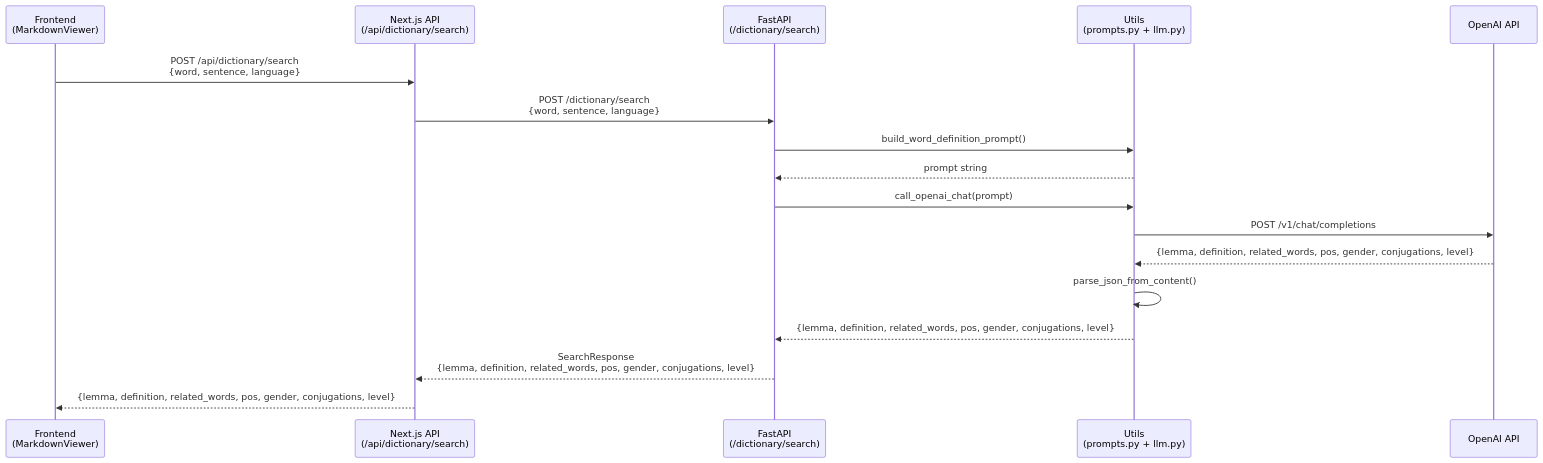
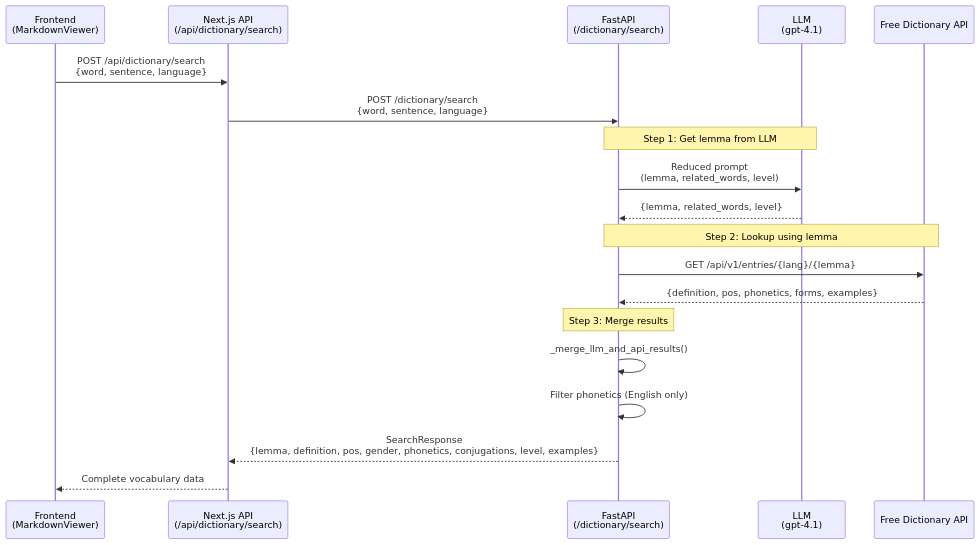
Before and after one commit to seung-gu/opad: the seventh of 7 diagrams in docs/ARCHITECTURE.md, drawn with Mermaid. The commit also changed other lines of this file and 6 other files, not shown here.

Commit message:
feat: Update version to 0.11.0 and enhance documentation with new grammatical metadata fields and hybrid dictionary lookup details

````diff
--- a/docs/ARCHITECTURE.md
+++ b/docs/ARCHITECTURE.md
@@ -1134,23 +1360,26 @@
 ```mermaid
 sequenceDiagram
     participant Frontend as Frontend<br/>(MarkdownViewer)
     participant NextAPI as Next.js API<br/>(/api/dictionary/search)
     participant FastAPI as FastAPI<br/>(/dictionary/search)
-    participant Utils as Utils<br/>(prompts.py + llm.py)
-    participant OpenAI as OpenAI API
+    participant LLM as LLM<br/>(gpt-4.1)
+    participant FreeDict as Free Dictionary API
 
     Frontend->>NextAPI: POST /api/dictionary/search<br/>{word, sentence, language}
     NextAPI->>FastAPI: POST /dictionary/search<br/>{word, sentence, language}
 
-    FastAPI->>Utils: build_word_definition_prompt()
-    Utils-->>FastAPI: prompt string
+    Note over FastAPI,LLM: Step 1: Get lemma from LLM
+    FastAPI->>LLM: Reduced prompt<br/>(lemma, related_words, level)
+    LLM-->>FastAPI: {lemma, related_words, level}
 
-    FastAPI->>Utils: call_openai_chat(prompt)
-    Utils->>OpenAI: POST /v1/chat/completions
-    OpenAI-->>Utils: {lemma, definition, related_words, pos, gender, conjugations, level}
-    Utils->>Utils: parse_json_from_content()
-    Utils-->>FastAPI: {lemma, definition, related_words, pos, gender, conjugations, level}
+    Note over FastAPI,FreeDict: Step 2: Lookup using lemma
+    FastAPI->>FreeDict: GET /api/v1/entries/{lang}/{lemma}
+    FreeDict-->>FastAPI: {definition, pos, phonetics, forms, examples}
 
-    FastAPI-->>NextAPI: SearchResponse<br/>{lemma, definition, related_words, pos, gender, conjugations, level}
-    NextAPI-->>Frontend: {lemma, definition, related_words, pos, gender, conjugations, level}
+    Note over FastAPI: Step 3: Merge results
+    FastAPI->>FastAPI: _merge_llm_and_api_results()
+    FastAPI->>FastAPI: Filter phonetics (English only)
+
+    FastAPI-->>NextAPI: SearchResponse<br/>{lemma, definition, pos, gender, phonetics, conjugations, level, examples}
+    NextAPI-->>Frontend: Complete vocabulary data
 ```
````
